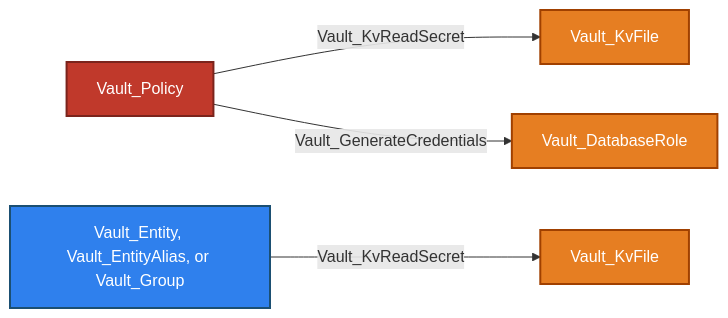
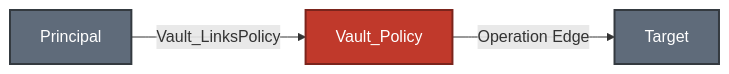
One commit to bytewreck/opengraph-vault changed the fourth of 4 diagrams in Documentation/stores/POLICIES.md. Above: the diagram before and after it, drawn with Mermaid. The commit also changed other lines of this file and 1 other file, not shown here.

````diff
--- a/Documentation/stores/POLICIES.md
+++ b/Documentation/stores/POLICIES.md
@@ -339,10 +260,8 @@
 ```mermaid
 flowchart LR
-    policy[Vault_Policy]:::policyNode -->|Vault_KvReadSecret| secret[Vault_KvFile]:::secretNode
-    policy -->|Vault_GenerateCredentials| databaseRole[Vault_DatabaseRole]:::secretNode
-    source["Vault_Entity, Vault_EntityAlias, or Vault_Group"]:::identityNode -->|Vault_KvReadSecret| rendered[Vault_KvFile]:::secretNode
+    PR[Principal]:::objectNode -->|Vault_LinksPolicy| PL[Vault_Policy]:::policyNode
+    PL -->|"Operation Edge"| TR[Target]:::objectNode
 
-    classDef identityNode fill:#2F80ED,color:#fff,stroke:#1B4F72,stroke-width:2px
+    classDef objectNode fill:#5F6B7A,color:#fff,stroke:#343A40,stroke-width:2px
     classDef policyNode fill:#C0392B,color:#fff,stroke:#7B241C,stroke-width:2px
-    classDef secretNode fill:#E67E22,color:#fff,stroke:#A04000,stroke-width:2px
 ```
````
